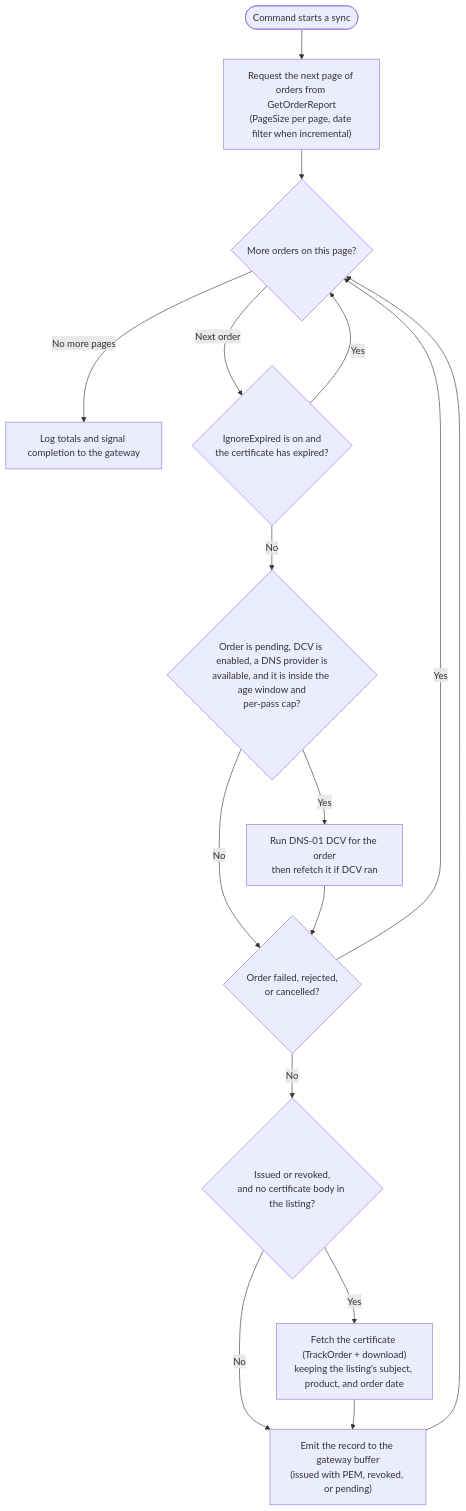
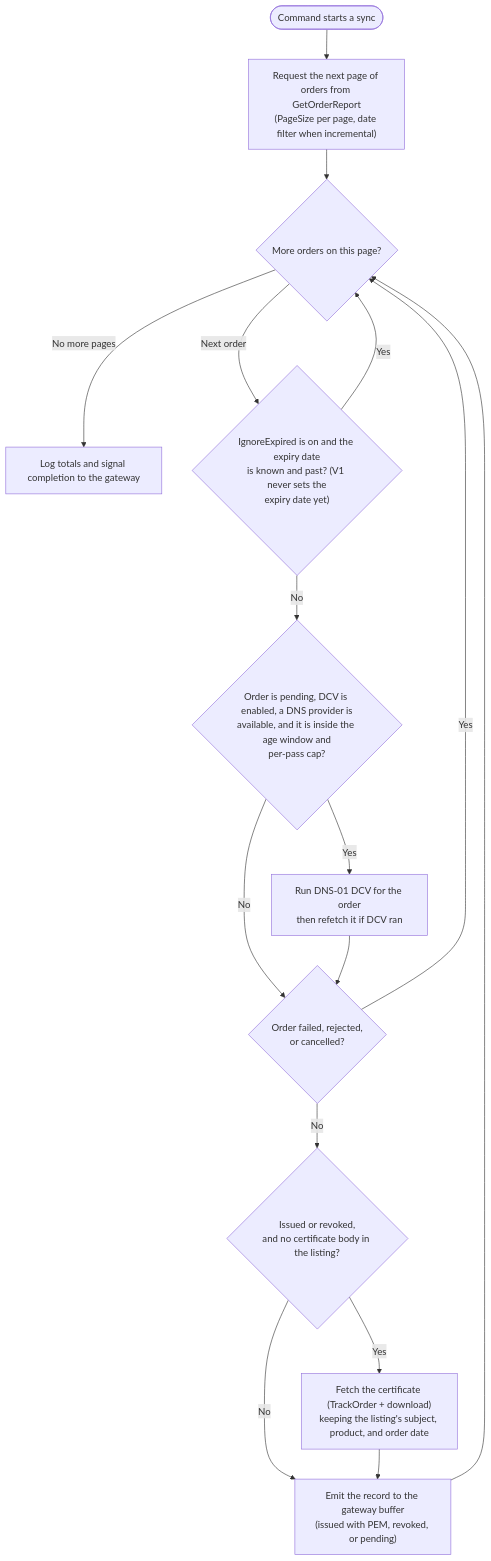
One commit to Keyfactor/certinext-caplugin changed the second of 10 diagrams in docsource/architecture.md. Above: the diagram before and after it, drawn with Mermaid. The commit also changed other lines of this file and 3 other files, not shown here.

First line of the commit message:
docs: fix architecture, migration, developer guide, and changelog accuracy and readability

````diff
--- a/docsource/architecture.md
+++ b/docsource/architecture.md
@@ -121,18 +130,18 @@
 ```mermaid
 flowchart TD
     A([Command starts a sync]) --> B["Request the next page of orders from GetOrderReport<br/>(PageSize per page, date filter when incremental)"]
     B --> C{More orders on this page?}
     C -- No more pages --> Z["Log totals and signal completion to the gateway"]
-    C -- Next order --> D{"IgnoreExpired is on and<br/>the certificate has expired?"}
+    C -- Next order --> D{"IgnoreExpired is on and the expiry date<br/>is known and past? (V1 never sets the<br/>expiry date yet)"}
     D -- Yes --> C
     D -- No --> E{"Order is pending, DCV is enabled, a DNS provider is<br/>available, and it is inside the age window and<br/>per-pass cap?"}
     E -- Yes --> F["Run DNS-01 DCV for the order<br/>then refetch it if DCV ran"]
     E -- No --> G
     F --> G{Order failed, rejected,<br/>or cancelled?}
     G -- Yes --> C
     G -- No --> H{"Issued or revoked,<br/>and no certificate body in the listing?"}
     H -- Yes --> I["Fetch the certificate (TrackOrder + download)<br/>keeping the listing's subject, product, and order date"]
     H -- No --> J
     I --> J["Emit the record to the gateway buffer<br/>(issued with PEM, revoked, or pending)"]
     J --> C
 ```
````
